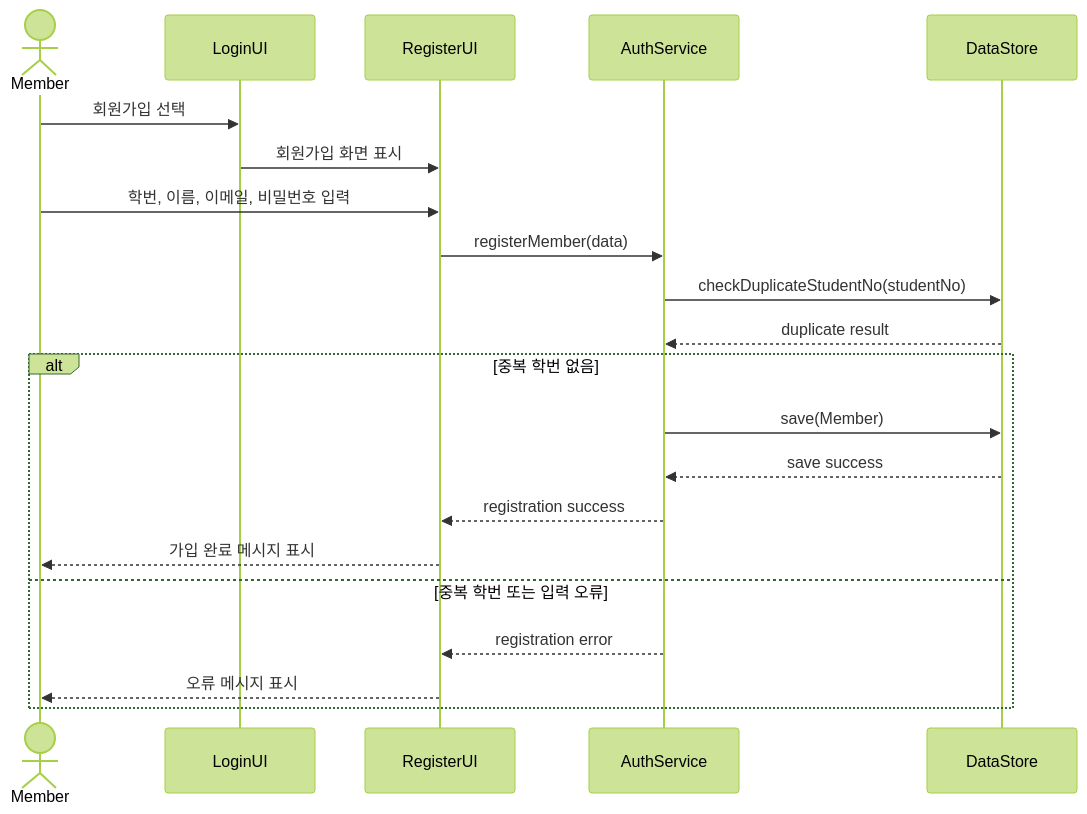
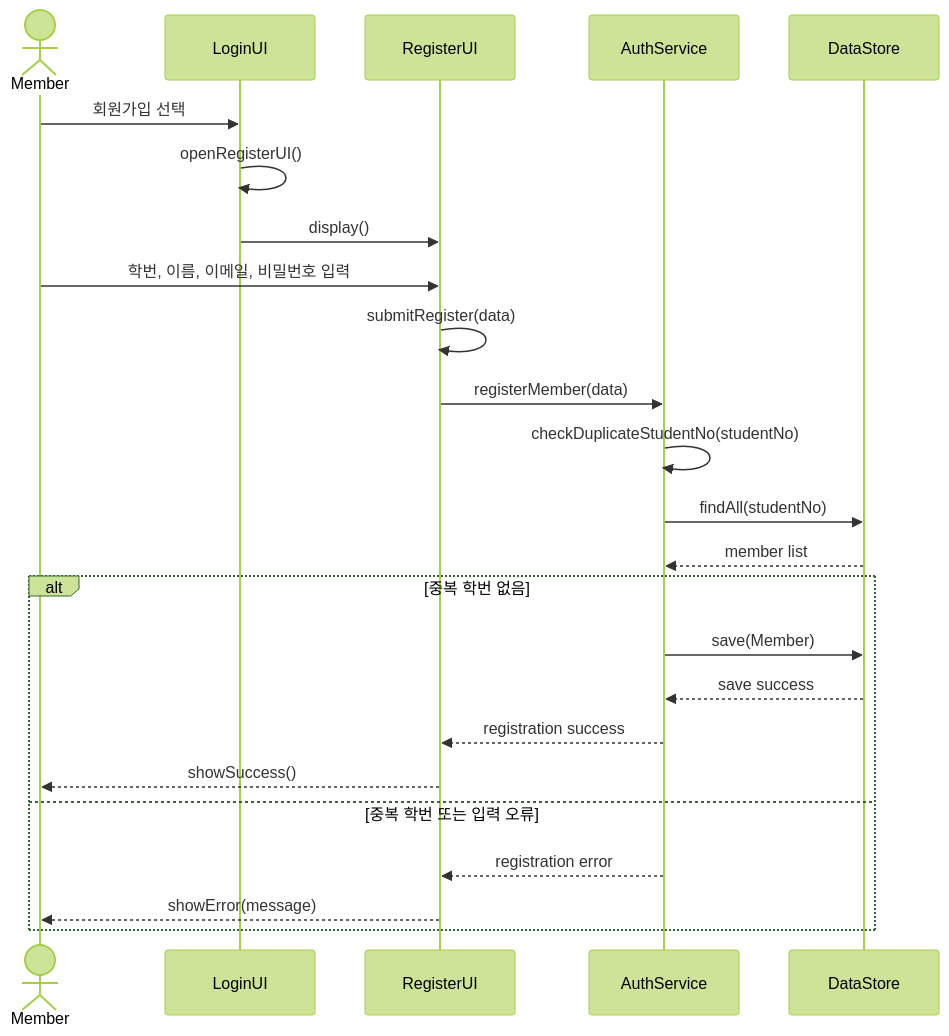
The second of 16 diagrams in Design_22411923_홍주은.md (goldong23/Jo-Yul), drawn with Mermaid (forest theme) before and after one commit. The commit also changed other lines of this file, not shown here.

Commit message:
UML 다이어그램 강의 규칙 반영

````diff
--- a/Design_22411923_홍주은.md
+++ b/Design_22411923_홍주은.md
@@ -255,24 +316,27 @@
 ```mermaid
 sequenceDiagram
     actor Member
     participant LoginUI
     participant RegisterUI
     participant AuthService
     participant DataStore
 
     Member->>LoginUI: 회원가입 선택
-    LoginUI->>RegisterUI: 회원가입 화면 표시
+    LoginUI->>LoginUI: openRegisterUI()
+    LoginUI->>RegisterUI: display()
     Member->>RegisterUI: 학번, 이름, 이메일, 비밀번호 입력
+    RegisterUI->>RegisterUI: submitRegister(data)
     RegisterUI->>AuthService: registerMember(data)
-    AuthService->>DataStore: checkDuplicateStudentNo(studentNo)
-    DataStore-->>AuthService: duplicate result
+    AuthService->>AuthService: checkDuplicateStudentNo(studentNo)
+    AuthService->>DataStore: findAll(studentNo)
+    DataStore-->>AuthService: member list
     alt 중복 학번 없음
         AuthService->>DataStore: save(Member)
         DataStore-->>AuthService: save success
         AuthService-->>RegisterUI: registration success
-        RegisterUI-->>Member: 가입 완료 메시지 표시
+        RegisterUI-->>Member: showSuccess()
     else 중복 학번 또는 입력 오류
         AuthService-->>RegisterUI: registration error
-        RegisterUI-->>Member: 오류 메시지 표시
+        RegisterUI-->>Member: showError(message)
     end
 ```
````
